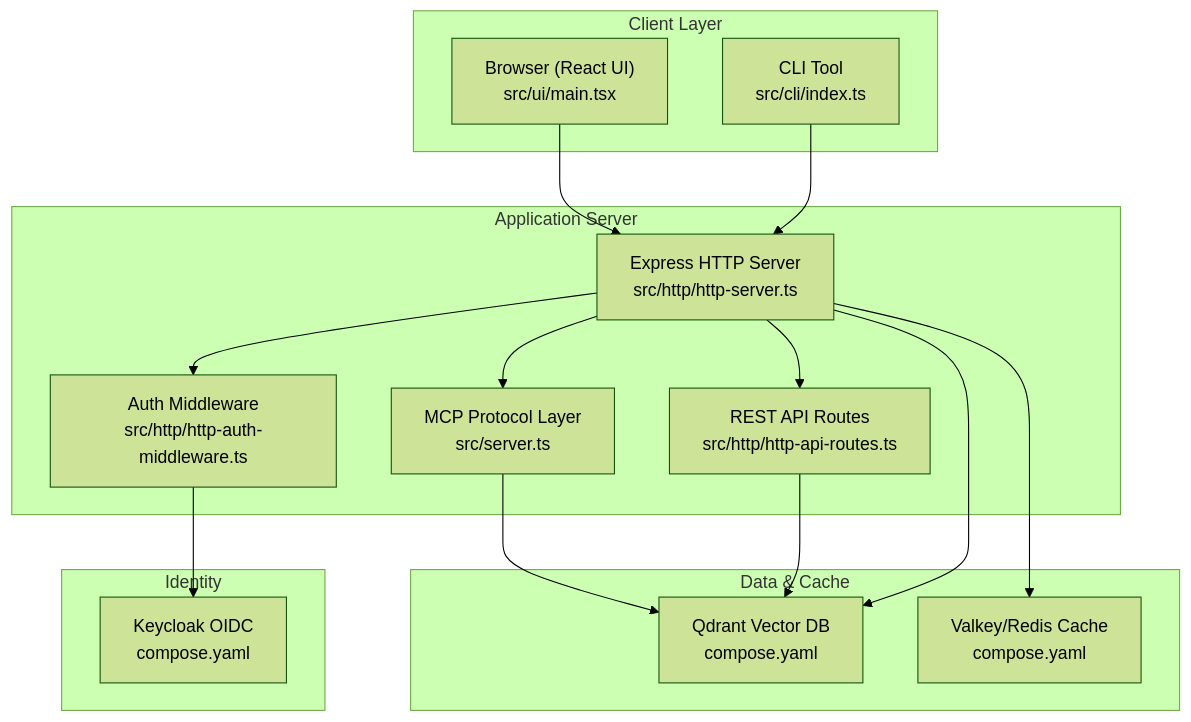
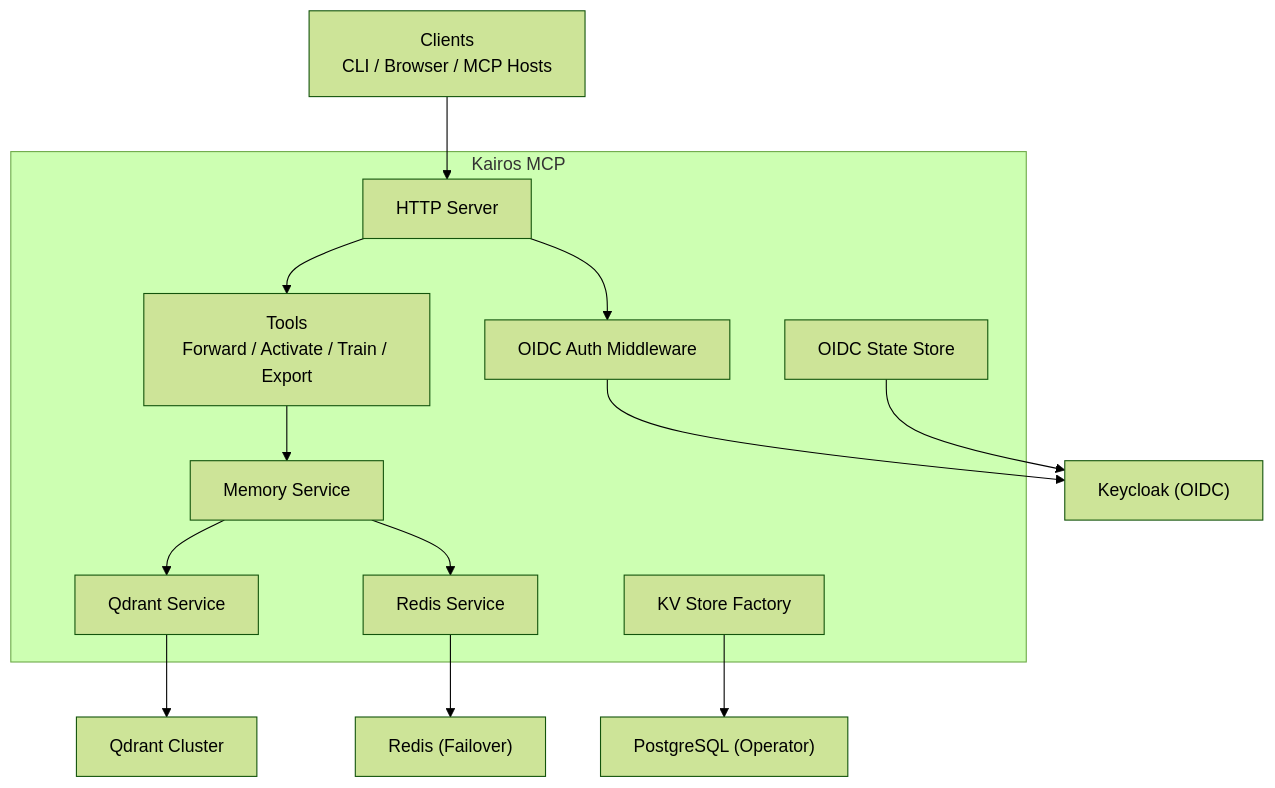
The second of 8 diagrams in .qoder/repowiki/en/content/Project Overview/Architecture Overview.md (debian777/kairos-mcp), drawn with Mermaid (forest theme) before and after one commit. The commit also changed other lines of this file and 724 other files, not shown here.

````diff
--- a/.qoder/repowiki/en/content/Project Overview/Architecture Overview.md
+++ b/.qoder/repowiki/en/content/Project Overview/Architecture Overview.md
@@ -101,30 +178,29 @@
 ```mermaid
 graph TB
-subgraph "Client Layer"
-U["Browser (React UI)<br/>src/ui/main.tsx"]
-CLI["CLI Tool<br/>src/cli/index.ts"]
+Client["Clients<br/>CLI / Browser / MCP Hosts"]
+subgraph "Kairos MCP"
+HTTP["HTTP Server"]
+Auth["OIDC Auth Middleware"]
+Tools["Tools<br/>Forward / Activate / Train / Export"]
+MemSvc["Memory Service"]
+QdrantSvc["Qdrant Service"]
+RedisSvc["Redis Service"]
+OIDCState["OIDC State Store"]
+KVFactory["KV Store Factory"]
 end
-subgraph "Application Server"
-HTTP["Express HTTP Server<br/>src/http/http-server.ts"]
-MCP["MCP Protocol Layer<br/>src/server.ts"]
-AUTH["Auth Middleware<br/>src/http/http-auth-middleware.ts"]
-API["REST API Routes<br/>src/http/http-api-routes.ts"]
-end
-subgraph "Data & Cache"
-QD["Qdrant Vector DB<br/>compose.yaml"]
-KV["Valkey/Redis Cache<br/>compose.yaml"]
-end
-subgraph "Identity"
-KC["Keycloak OIDC<br/>compose.yaml"]
-end
-U --> HTTP
-CLI --> HTTP
-HTTP --> AUTH
-HTTP --> MCP
-HTTP --> API
-MCP --> QD
-API --> QD
-HTTP --> QD
-HTTP --> KV
-AUTH --> KC
+Keycloak["Keycloak (OIDC)"]
+Qdrant["Qdrant Cluster"]
+Postgres["PostgreSQL (Operator)"]
+Redis["Redis (Failover)"]
+Client --> HTTP
+HTTP --> Auth
+HTTP --> Tools
+Tools --> MemSvc
+MemSvc --> QdrantSvc
+MemSvc --> RedisSvc
+Auth --> Keycloak
+OIDCState --> Keycloak
+QdrantSvc --> Qdrant
+KVFactory --> Postgres
+RedisSvc --> Redis
 ```
````
